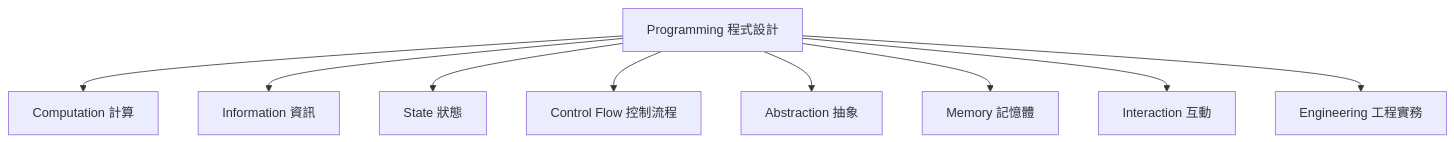
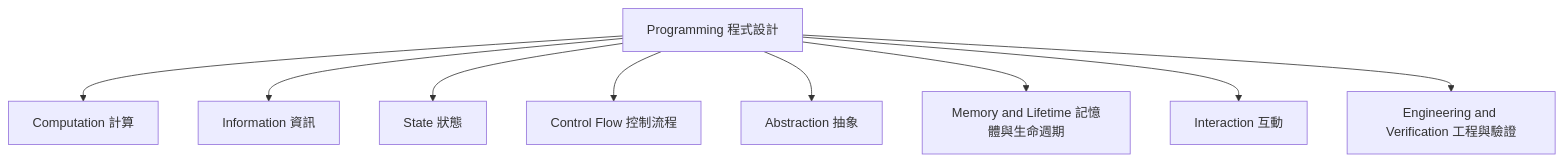
The first of 2 diagrams in design/14-programming-concept-tree.zh-TW.md (inred329/summer_pre_course_2026), drawn with Mermaid before and after one commit. The commit also changed other lines of this file and 104 other files, not shown here.

````diff
--- a/design/14-programming-concept-tree.zh-TW.md
+++ b/design/14-programming-concept-tree.zh-TW.md
@@ -34,12 +34,12 @@
 ```mermaid
 flowchart TD
     P[Programming 程式設計]
     P --> C[Computation 計算]
     P --> I[Information 資訊]
     P --> S[State 狀態]
     P --> F[Control Flow 控制流程]
     P --> A[Abstraction 抽象]
-    P --> M[Memory 記憶體]
+    P --> M[Memory and Lifetime 記憶體與生命週期]
     P --> X[Interaction 互動]
-    P --> E[Engineering 工程實務]
+    P --> E[Engineering and Verification 工程與驗證]
 ```
````
